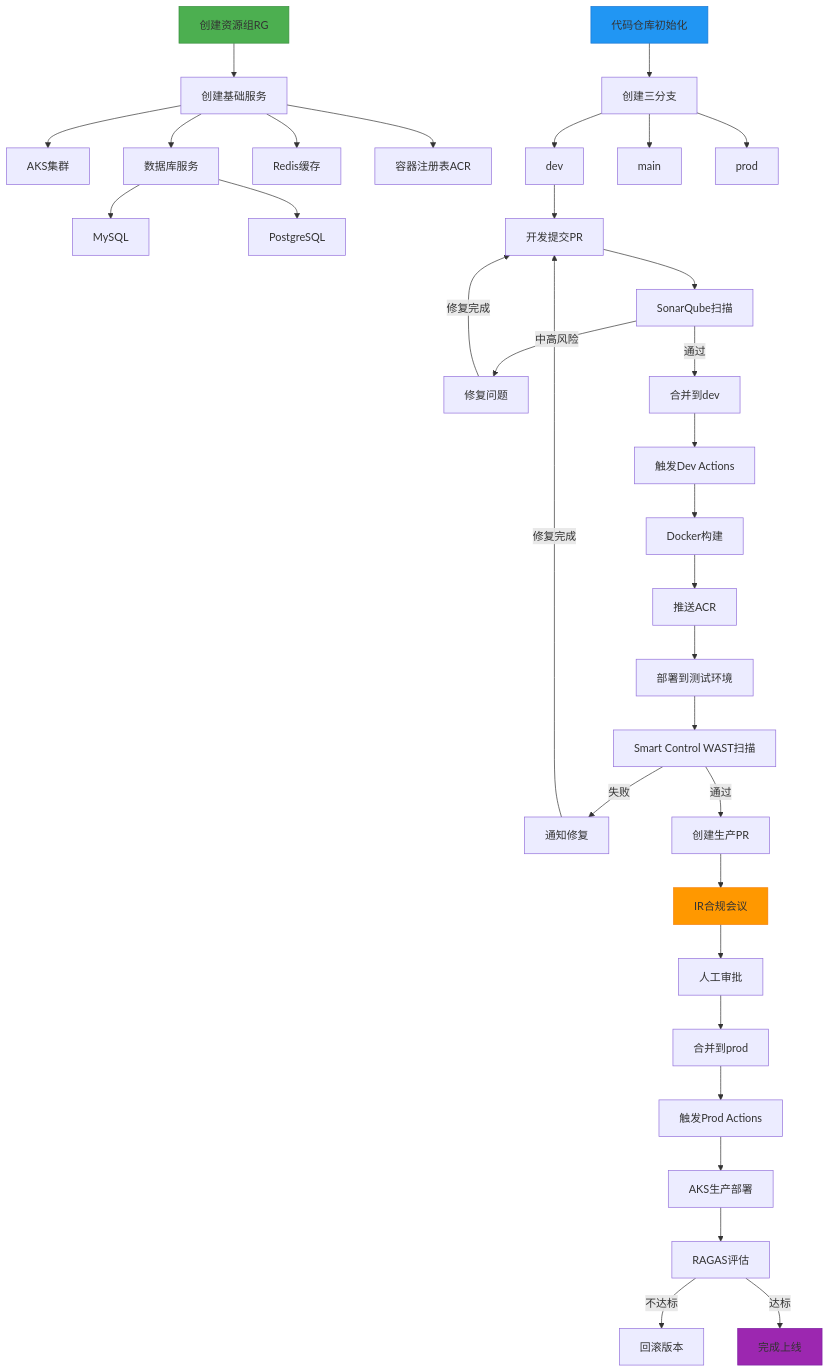
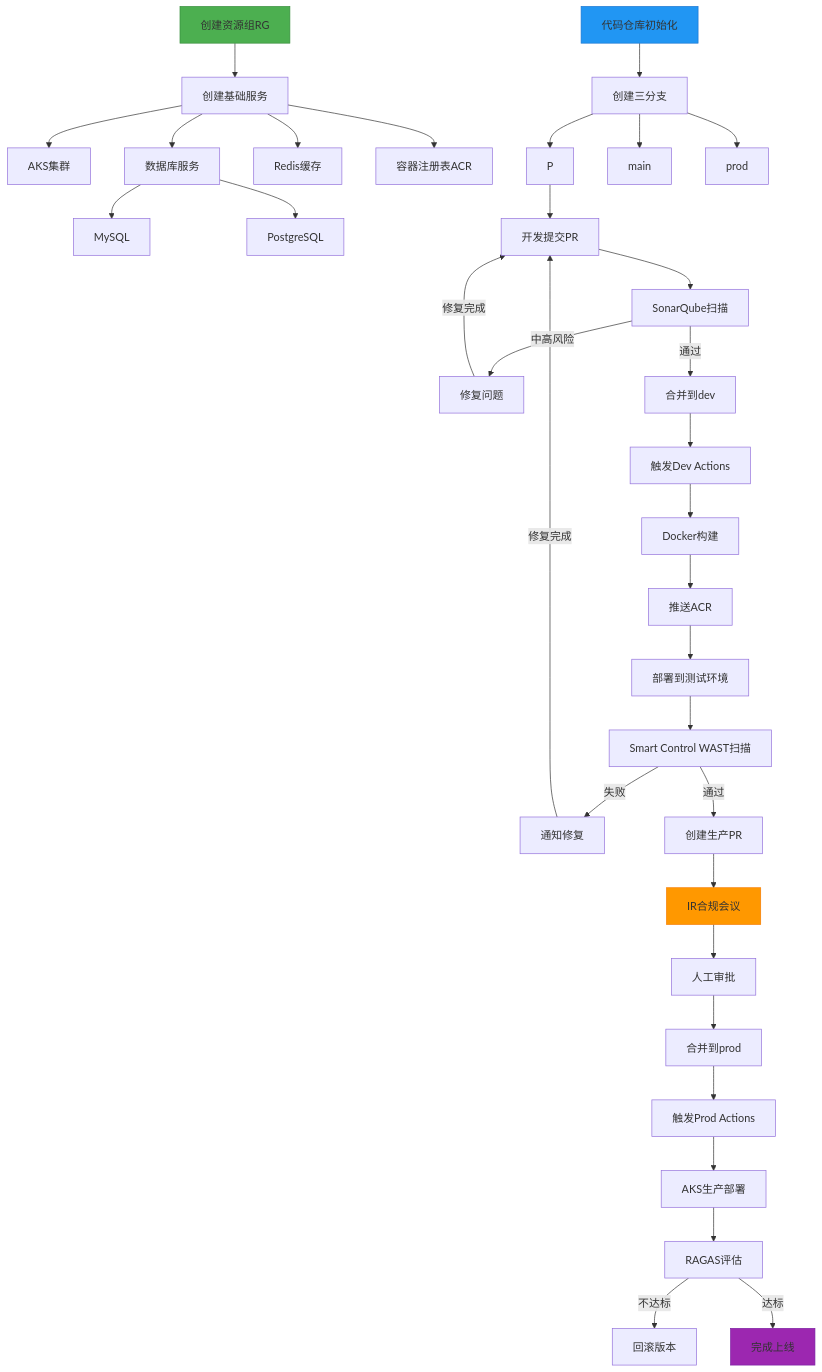
Before and after one commit to funnyData/iodraw-files: the diagram in all/未命名-1.md, drawn with Mermaid.

Commit message:
2025-02-27 01:22:15 update

````diff
--- a/all/未命名-1.md
+++ b/all/未命名-1.md
@@ -1,51 +1,51 @@
 ```mermaid
 graph TD
     A[创建资源组RG] --> B[创建基础服务]
     B --> C[AKS集群]
     B --> D[数据库服务]
     D --> DA[MySQL]
     D --> DB[PostgreSQL]
     B --> E[Redis缓存]
     B --> F[容器注册表ACR]
     
     G[代码仓库初始化] --> H[创建三分支]
-    H --> I[dev]
+    H --> I[P]
     H --> J[main]
     H --> K[prod]
     
     I --> L[开发提交PR]
     L --> M[SonarQube扫描]
     M -->|中高风险| N[修复问题]
     N -->|修复完成|L
     M -->|通过| O[合并到dev]
     
     O --> P[触发Dev Actions]
     P --> Q[Docker构建]
     Q --> R[推送ACR]
     R --> S[部署到测试环境]
     
     S --> T[Smart Control WAST扫描]
     T -->|失败| U[通知修复]
     U --> |修复完成|L
     
     T -->|通过| V[创建生产PR]
     
     V --> W[IR合规会议]
     W --> X[人工审批]
     X --> Y[合并到prod]
     
     Y --> Z[触发Prod Actions]
     Z --> AC[AKS生产部署]
     %% Z --> AA[安全扫描]
     %% AA -->|高风险| AB[终止部署]
     %% AA -->|通过| AC[AKS生产部署]
     
     AC --> AD[RAGAS评估]
     AD -->|不达标| AE[回滚版本]
     AD -->|达标| AF[完成上线]
     
     style A fill:#4CAF50,stroke:#388E3C
     style G fill:#2196F3,stroke:#1976D2
     style W fill:#FF9800,stroke:#F57C00
     style AF fill:#9C27B0,stroke:#7B1FA2
 ```
````
